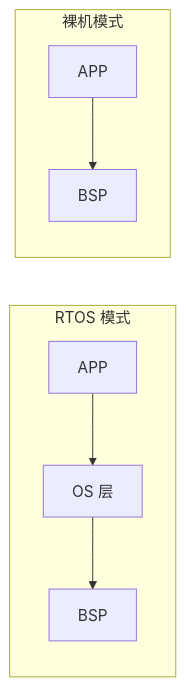
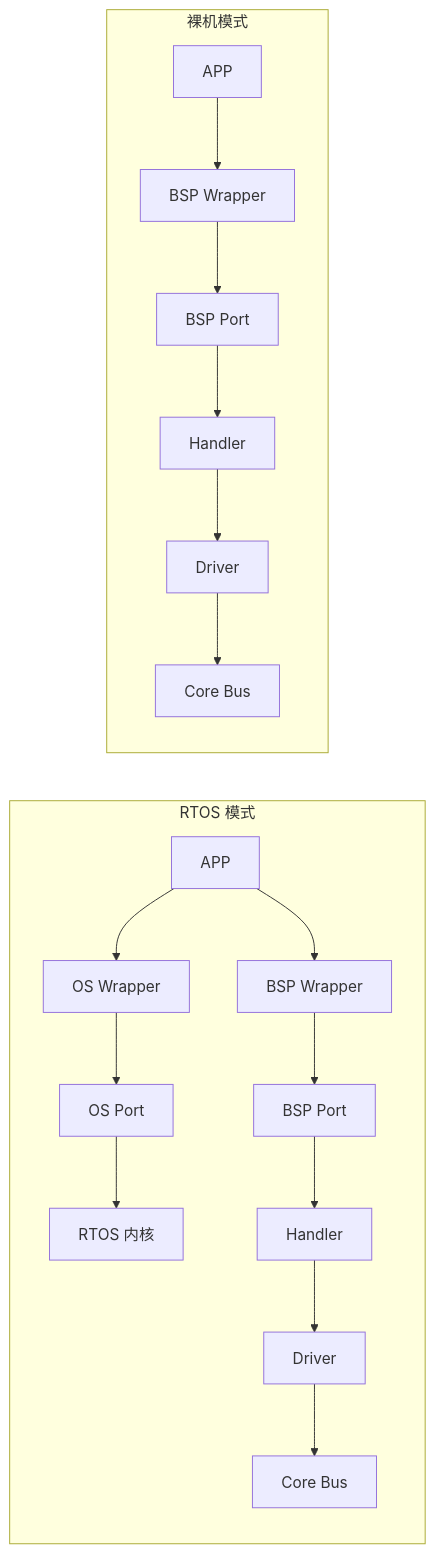
Before and after one commit to shuai-yemao/mcu-workbench: the second of 2 diagrams in .claude/plugins/marketplaces/mcu-workbench/skills/embedded/embedded-architect/references/layered-architecture-model.md, drawn with Mermaid. The commit also changed other lines of this file and 1 other file, not shown here.

Commit message:
feat: 同步 embedded-architect 架构知识至 code 分支升级

````diff
--- a/.claude/plugins/marketplaces/mcu-workbench/skills/embedded/embedded-architect/references/layered-architecture-model.md
+++ b/.claude/plugins/marketplaces/mcu-workbench/skills/embedded/embedded-architect/references/layered-architecture-model.md
@@ -294,9 +313,12 @@
 ```mermaid
 flowchart LR
     subgraph RTOS[RTOS 模式]
-        RTOS_A[APP] --> RTOS_OS[OS 层] --> RTOS_B[BSP]
+        RTOS_A[APP] --> RTOS_OW[OS Wrapper]
+        RTOS_A --> RTOS_BW[BSP Wrapper]
+        RTOS_OW --> RTOS_OP[OS Port] --> RTOS_K[RTOS 内核]
+        RTOS_BW --> RTOS_BP[BSP Port] --> RTOS_BH[Handler] --> RTOS_BD[Driver] --> RTOS_CB[Core Bus]
     end
     subgraph BM[裸机模式]
-        BM_A[APP] --> BM_B[BSP]
+        BM_A[APP] --> BM_BW[BSP Wrapper] --> BM_BP[BSP Port] --> BM_BH[Handler] --> BM_BD[Driver] --> BM_CB[Core Bus]
     end
 ```
````
